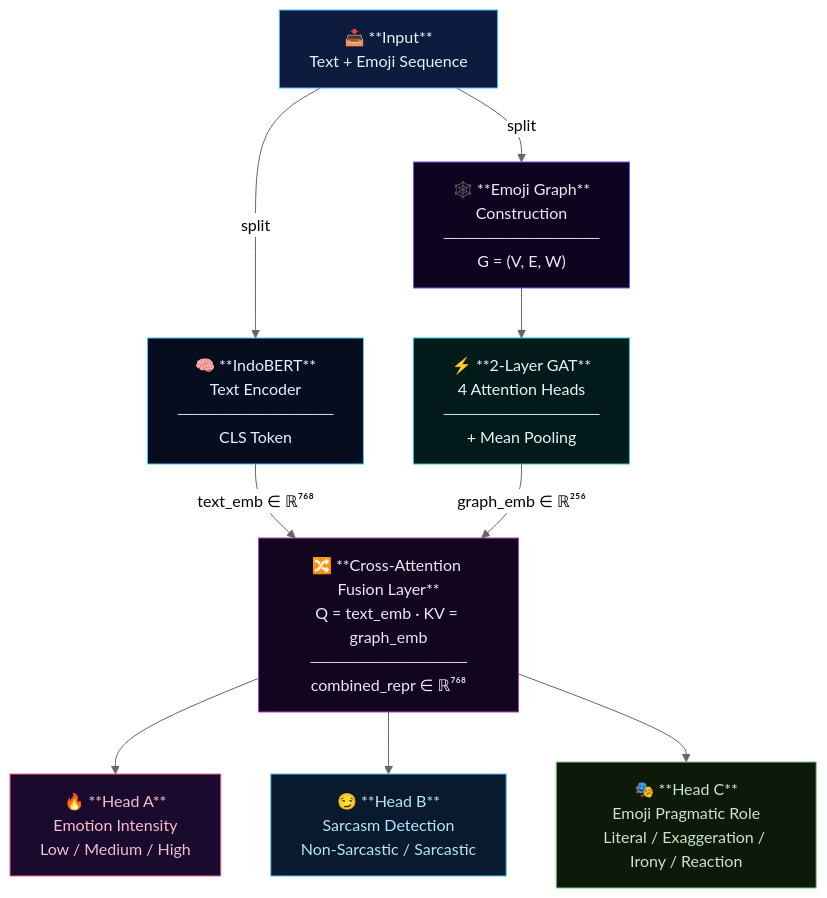
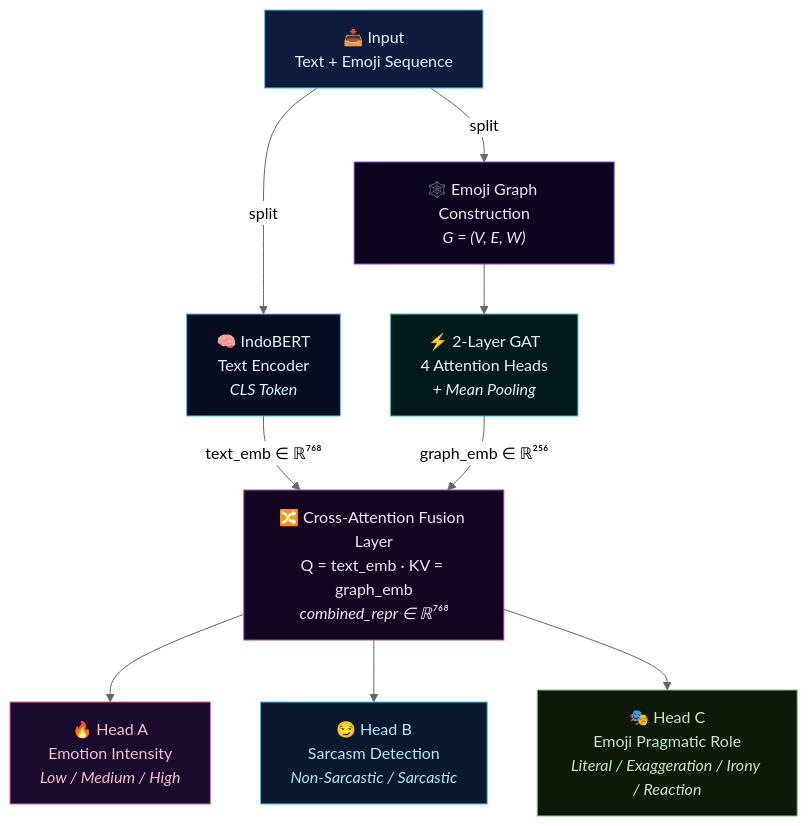
Before and after one commit to f4tahitsYours/epgt-multimodal-hate-speech-detection: the diagram in README.md, drawn with Mermaid (neutral theme). The commit also changed other lines of this file, not shown here.

Commit message:
feat: initial release v0.1.0-poc — EPGT proof of concept

````diff
--- a/README.md
+++ b/README.md
@@ -93,35 +93,35 @@
 ```mermaid
 flowchart TD
-    INPUT["📥 **Input**\nText + Emoji Sequence"]
+    INPUT["📥 Input<br/>Text + Emoji Sequence"]
 
     INPUT -->|split| BERT
     INPUT -->|split| GRAPH
 
-    BERT["🧠 **IndoBERT**\nText Encoder\n─────────────\nCLS Token"]
-    GRAPH["🕸️ **Emoji Graph**\nConstruction\n─────────────\nG = (V, E, W)"]
+    BERT["🧠 IndoBERT<br/>Text Encoder<br/><i>CLS Token</i>"]
+    GRAPH["🕸️ Emoji Graph Construction<br/><i>G = (V, E, W)</i>"]
 
     BERT -->|"text_emb ∈ ℝ⁷⁶⁸"| FUSION
     GRAPH --> GAT
 
-    GAT["⚡ **2-Layer GAT**\n4 Attention Heads\n─────────────\n+ Mean Pooling"]
+    GAT["⚡ 2-Layer GAT<br/>4 Attention Heads<br/><i>+ Mean Pooling</i>"]
     GAT -->|"graph_emb ∈ ℝ²⁵⁶"| FUSION
 
-    FUSION["🔀 **Cross-Attention Fusion Layer**\nQ = text_emb · KV = graph_emb\n─────────────\ncombined_repr ∈ ℝ⁷⁶⁸"]
+    FUSION["🔀 Cross-Attention Fusion Layer<br/>Q = text_emb · KV = graph_emb<br/><i>combined_repr ∈ ℝ⁷⁶⁸</i>"]
 
     FUSION --> HA
     FUSION --> HB
     FUSION --> HC
 
-    HA["🔥 **Head A**\nEmotion Intensity\nLow / Medium / High"]
-    HB["😏 **Head B**\nSarcasm Detection\nNon-Sarcastic / Sarcastic"]
-    HC["🎭 **Head C**\nEmoji Pragmatic Role\nLiteral / Exaggeration / Irony / Reaction"]
+    HA["🔥 Head A<br/>Emotion Intensity<br/><i>Low / Medium / High</i>"]
+    HB["😏 Head B<br/>Sarcasm Detection<br/><i>Non-Sarcastic / Sarcastic</i>"]
+    HC["🎭 Head C<br/>Emoji Pragmatic Role<br/><i>Literal / Exaggeration / Irony / Reaction</i>"]
 
     style INPUT fill:#0d1b3e,stroke:#4fc3f7,color:#e1f5fe
     style BERT fill:#050d1f,stroke:#4fc3f7,color:#e1f5fe
     style GRAPH fill:#0d0520,stroke:#7c4dff,color:#ede7f6
     style GAT fill:#031a1a,stroke:#26c6da,color:#e0f7fa
     style FUSION fill:#120520,stroke:#ab47bc,color:#f3e5f5
     style HA fill:#1a0a2e,stroke:#f06292,color:#f8bbd0
     style HB fill:#0a1a2e,stroke:#4fc3f7,color:#b3e5fc
     style HC fill:#0d1a0a,stroke:#81c784,color:#c8e6c9
 ```
````
